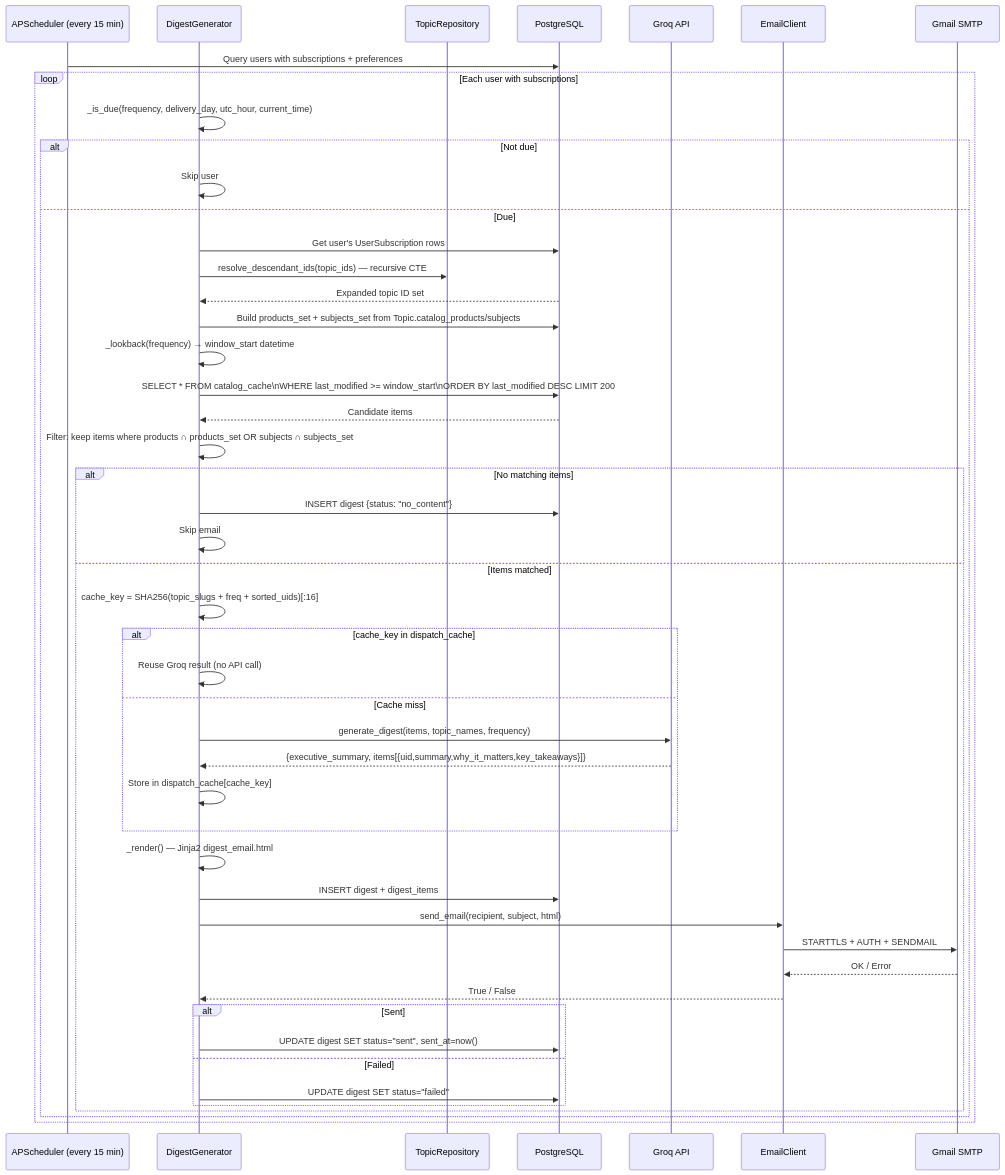
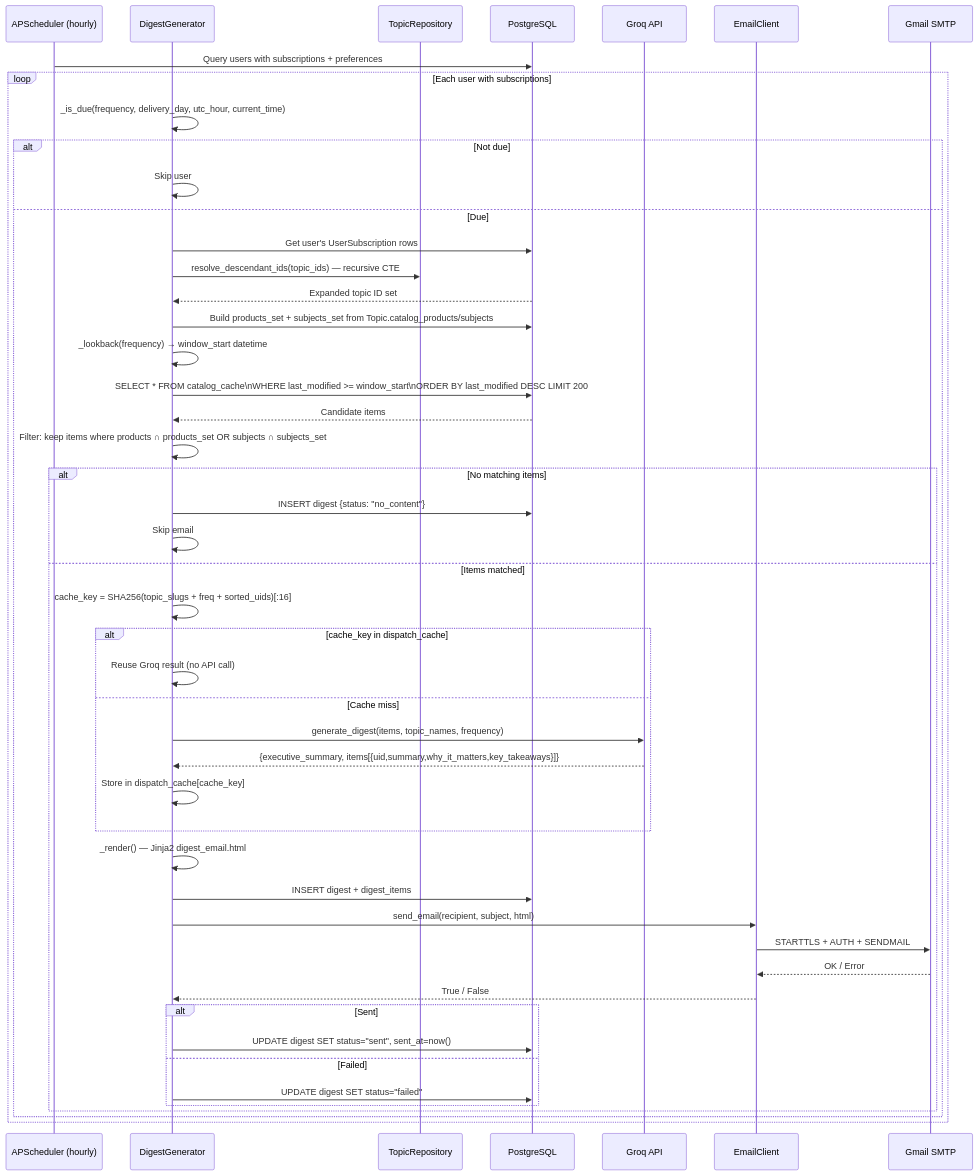
The fourth of 7 diagrams in docs/sequence_diagrams.md (kiro39498-tech/MS-Learn-Digest), drawn with Mermaid before and after one commit. The commit also changed other lines of this file and 48 other files, not shown here.

````diff
--- a/docs/sequence_diagrams.md
+++ b/docs/sequence_diagrams.md
@@ -131,51 +131,51 @@
 ```mermaid
 sequenceDiagram
-    participant SCH as APScheduler (every 15 min)
+    participant SCH as APScheduler (hourly)
     participant DG as DigestGenerator
     participant TR as TopicRepository
     participant DB as PostgreSQL
     participant GR as Groq API
     participant ES as EmailClient
     participant SMTP as Gmail SMTP
 
     SCH->>DB: Query users with subscriptions + preferences
     loop Each user with subscriptions
         DG->>DG: _is_due(frequency, delivery_day, utc_hour, current_time)
         alt Not due
             DG->>DG: Skip user
         else Due
             DG->>DB: Get user's UserSubscription rows
             DG->>TR: resolve_descendant_ids(topic_ids) — recursive CTE
             DB-->>DG: Expanded topic ID set
             DG->>DB: Build products_set + subjects_set from Topic.catalog_products/subjects
             DG->>DG: _lookback(frequency) → window_start datetime
             DG->>DB: SELECT * FROM catalog_cache\nWHERE last_modified >= window_start\nORDER BY last_modified DESC LIMIT 200
             DB-->>DG: Candidate items
             DG->>DG: Filter: keep items where products ∩ products_set OR subjects ∩ subjects_set
             alt No matching items
                 DG->>DB: INSERT digest {status: "no_content"}
                 DG->>DG: Skip email
             else Items matched
                 DG->>DG: cache_key = SHA256(topic_slugs + freq + sorted_uids)[:16]
                 alt cache_key in dispatch_cache
                     DG->>DG: Reuse Groq result (no API call)
                 else Cache miss
                     DG->>GR: generate_digest(items, topic_names, frequency)
                     GR-->>DG: {executive_summary, items[{uid,summary,why_it_matters,key_takeaways}]}
                     DG->>DG: Store in dispatch_cache[cache_key]
                 end
                 DG->>DG: _render() — Jinja2 digest_email.html
                 DG->>DB: INSERT digest + digest_items
                 DG->>ES: send_email(recipient, subject, html)
                 ES->>SMTP: STARTTLS + AUTH + SENDMAIL
                 SMTP-->>ES: OK / Error
                 ES-->>DG: True / False
                 alt Sent
                     DG->>DB: UPDATE digest SET status="sent", sent_at=now()
                 else Failed
                     DG->>DB: UPDATE digest SET status="failed"
                 end
             end
         end
     end
 ```
````
